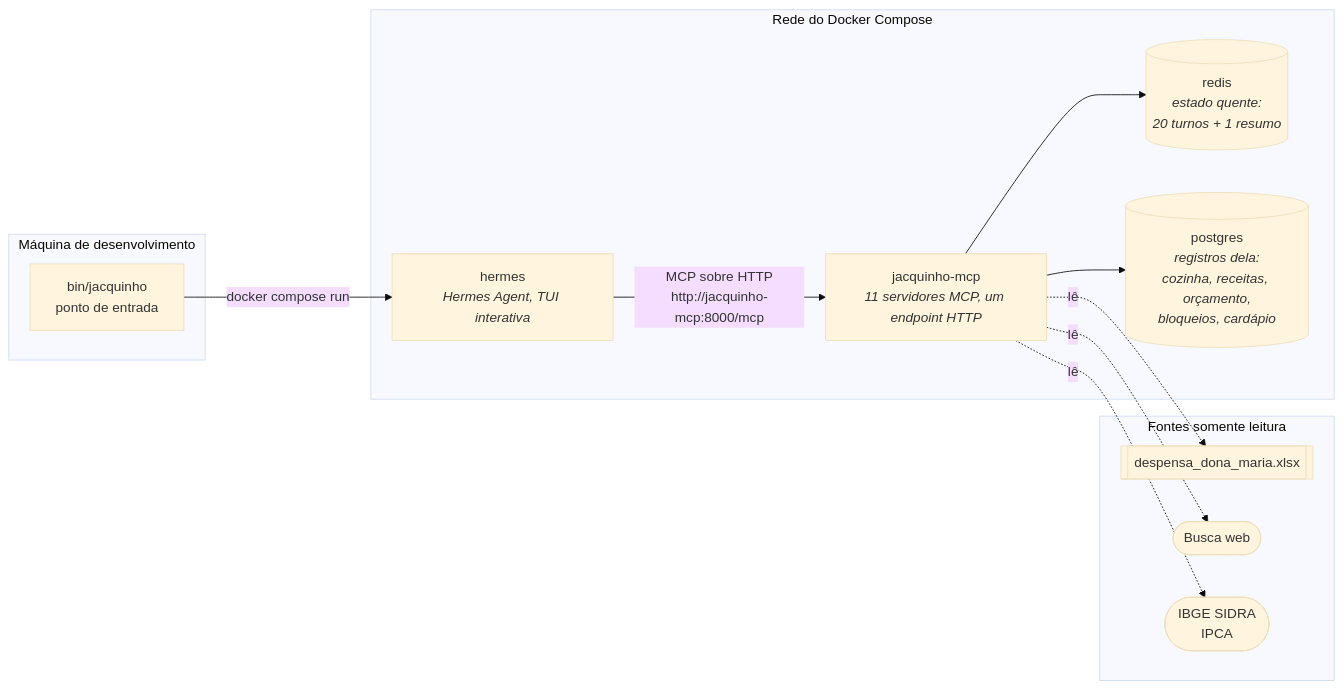
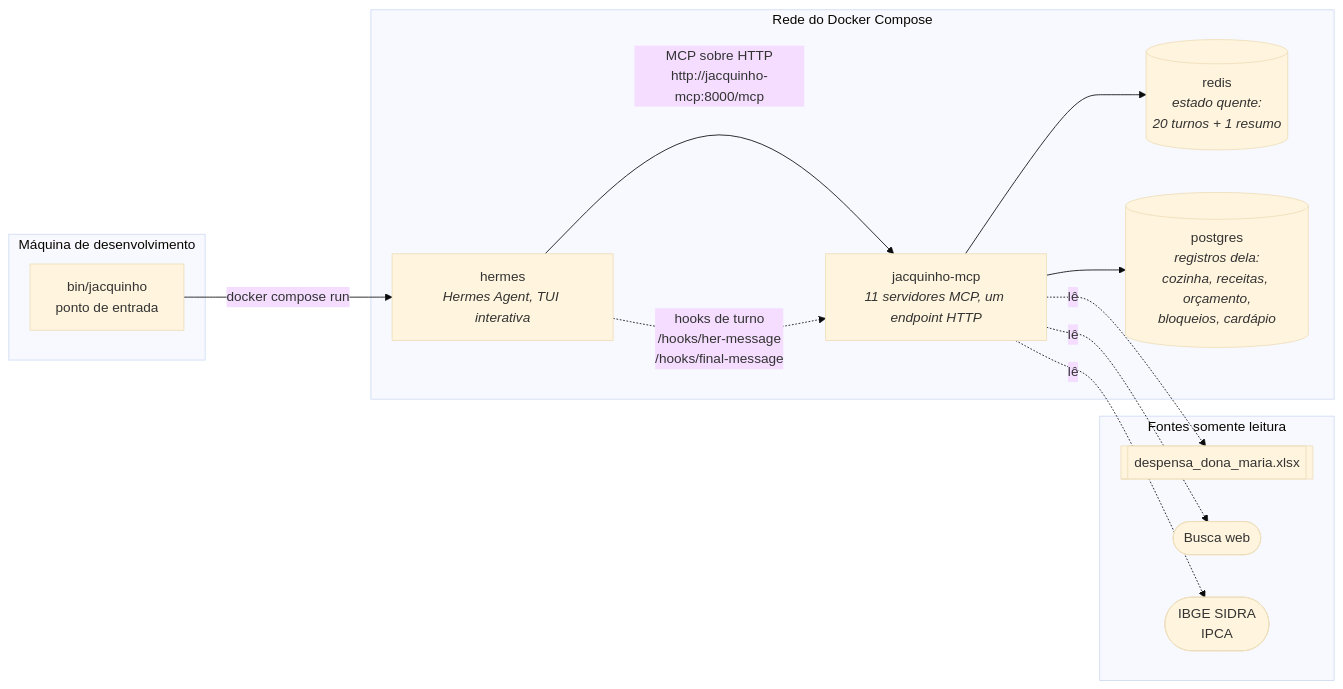
Before and after one commit to lrdsouza/jacquinho: the first of 8 diagrams in README.md, drawn with Mermaid (base theme). The commit also changed other lines of this file and 10 other files, not shown here.

````diff
--- a/README.md
+++ b/README.md
@@ -256,27 +257,28 @@
 ```mermaid
 flowchart LR
     subgraph host["Máquina de desenvolvimento"]
         cli["bin/jacquinho<br/>ponto de entrada"]
     end
 
     subgraph compose["Rede do Docker Compose"]
         hermes["hermes<br/><i>Hermes Agent, TUI interativa</i>"]
         mcp["jacquinho-mcp<br/><i>11 servidores MCP, um endpoint HTTP</i>"]
         redis[("redis<br/><i>estado quente:<br/>20 turnos + 1 resumo</i>")]
         pg[("postgres<br/><i>registros dela:<br/>cozinha, receitas, orçamento,<br/>bloqueios, cardápio</i>")]
     end
 
     subgraph outside["Fontes somente leitura"]
         xlsx[["despensa_dona_maria.xlsx"]]
         web(["Busca web"])
         ibge(["IBGE SIDRA<br/>IPCA"])
     end
 
     cli -->|docker compose run| hermes
     hermes -->|"MCP sobre HTTP<br/>http://jacquinho-mcp:8000/mcp"| mcp
+    hermes -.->|"hooks de turno<br/>/hooks/her-message<br/>/hooks/final-message"| mcp
     mcp --> redis
     mcp --> pg
     mcp -.lê.-> xlsx
     mcp -.lê.-> web
     mcp -.lê.-> ibge
 ```
````
